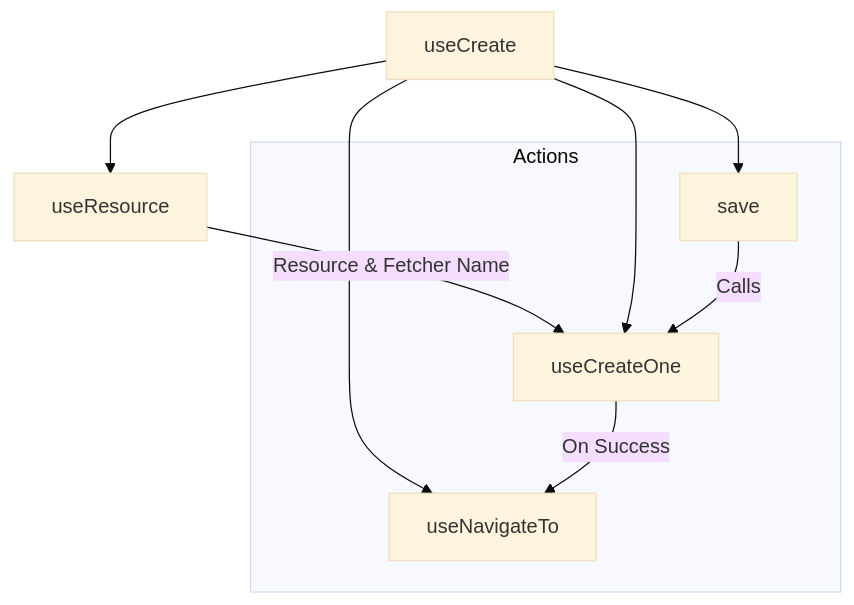
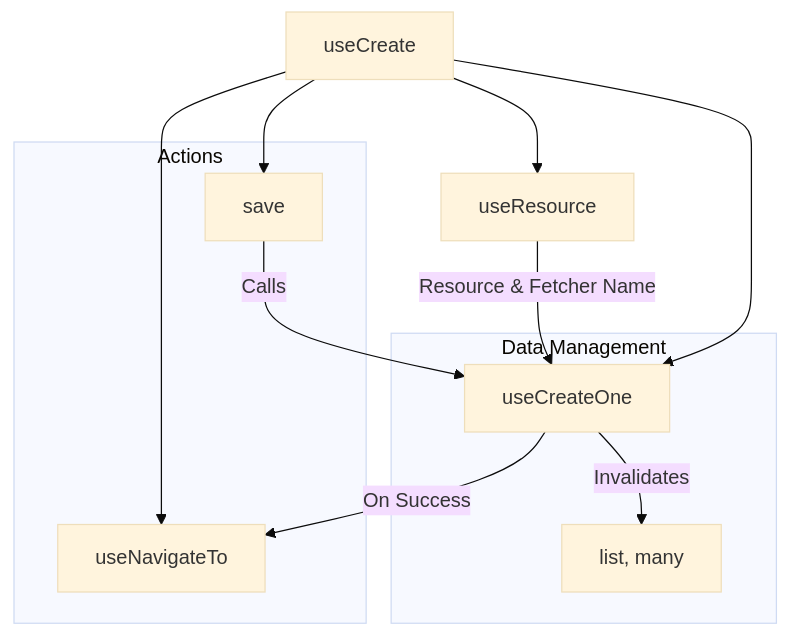
The first of 5 diagrams in docs/content/1.guides/2.form.md (aa900031/ginjou), drawn with Mermaid (base theme) before and after one commit. The commit also changed other lines of this file and 173 other files, not shown here.

````diff
--- a/docs/content/1.guides/2.form.md
+++ b/docs/content/1.guides/2.form.md
@@ -30,12 +40,15 @@
 ```mermaid
 graph TD
     A[useCreate] --> B[useResource]
     B -- Resource & Fetcher Name --> C[useCreateOne]
     A --> C
     A --> D[useNavigateTo]
+    subgraph Data Management
+        C --> |Invalidates| E["list, many"]
+    end
     subgraph Actions
-        E[save] --> |Calls| C
+        F[save] --> |Calls| C
         C --> |On Success| D
     end
-    A --> E
+    A --> F
 ```
````
